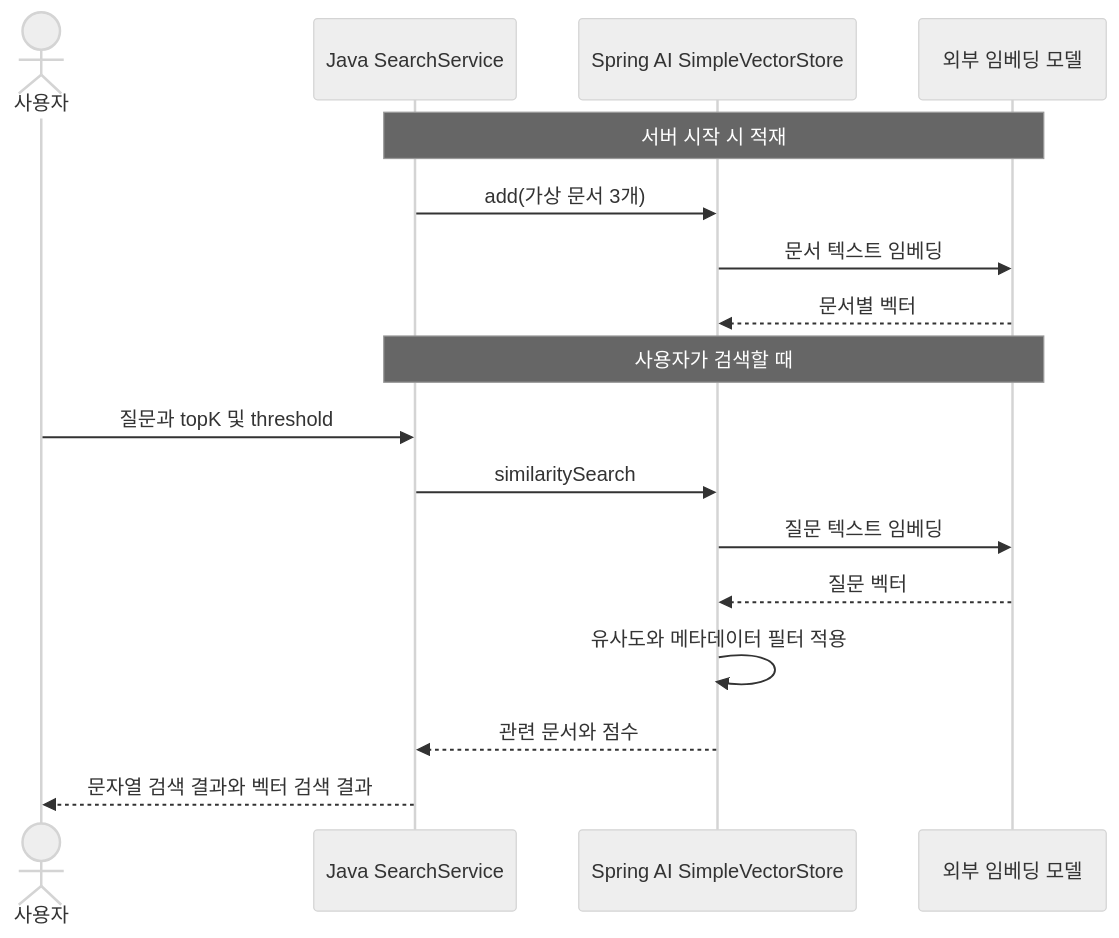
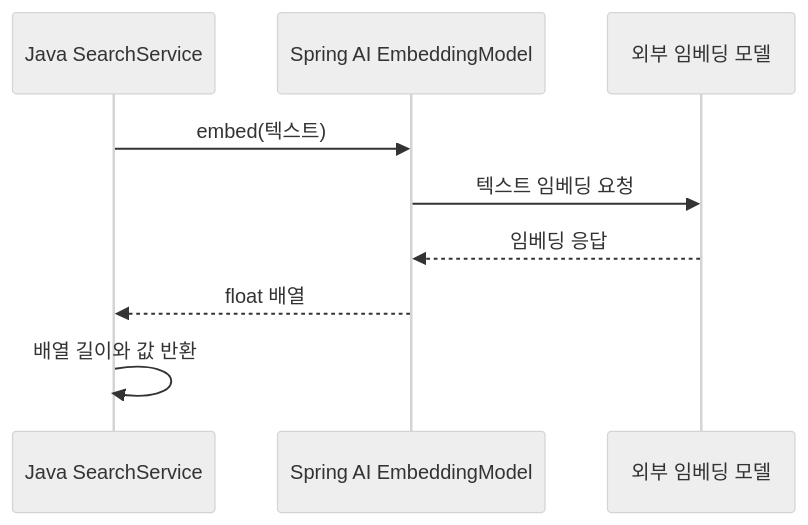
One commit to Justin-ad-Park/SpringShoppingAI changed the diagram in Spring-AI-Agent-Learning/docs/lessons/09-embeddings-search/01-vectors.md. Above: the diagram before and after it, drawn with Mermaid (neutral theme). The commit also changed other lines of this file and 47 other files, not shown here.

````diff
--- a/Spring-AI-Agent-Learning/docs/lessons/09-embeddings-search/01-vectors.md
+++ b/Spring-AI-Agent-Learning/docs/lessons/09-embeddings-search/01-vectors.md
@@ -66,19 +30,11 @@
 ```mermaid
 sequenceDiagram
-    actor User as 사용자
     participant App as Java SearchService
-    participant Store as Spring AI SimpleVectorStore
+    participant AI as Spring AI EmbeddingModel
     participant Model as 외부 임베딩 모델
-    Note over App,Model: 서버 시작 시 적재
-    App->>Store: add(가상 문서 3개)
-    Store->>Model: 문서 텍스트 임베딩
-    Model-->>Store: 문서별 벡터
-    Note over App,Model: 사용자가 검색할 때
-    User->>App: 질문과 topK 및 threshold
-    App->>Store: similaritySearch
-    Store->>Model: 질문 텍스트 임베딩
-    Model-->>Store: 질문 벡터
-    Store->>Store: 유사도와 메타데이터 필터 적용
-    Store-->>App: 관련 문서와 점수
-    App-->>User: 문자열 검색 결과와 벡터 검색 결과
+    App->>AI: embed(텍스트)
+    AI->>Model: 텍스트 임베딩 요청
+    Model-->>AI: 임베딩 응답
+    AI-->>App: float 배열
+    App->>App: 배열 길이와 값 반환
 ```
````
